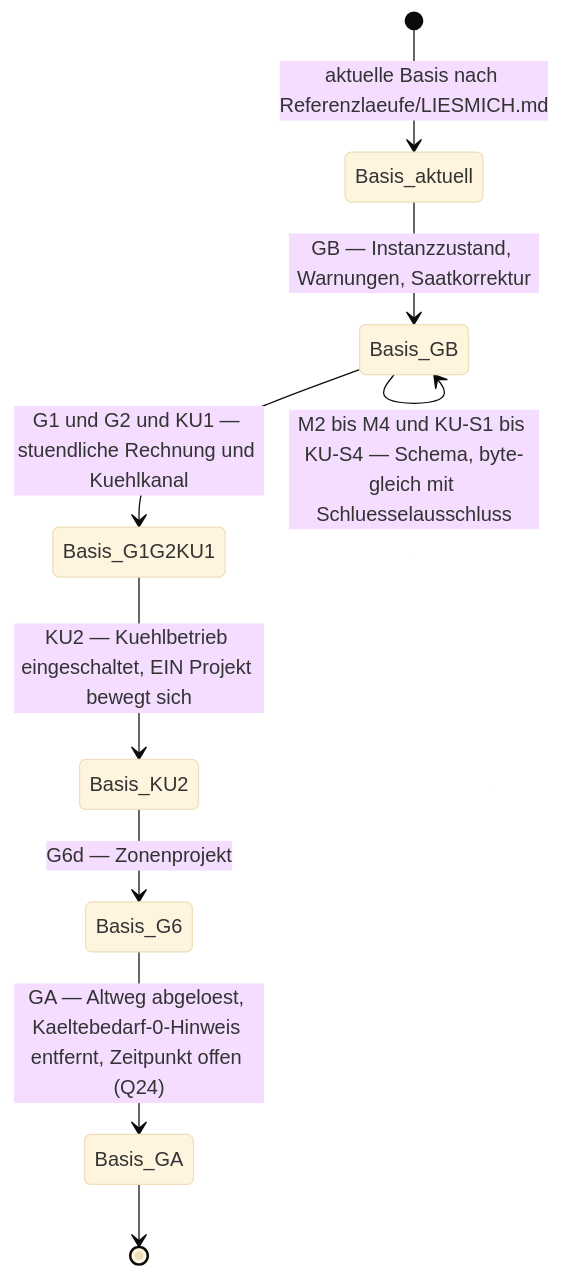
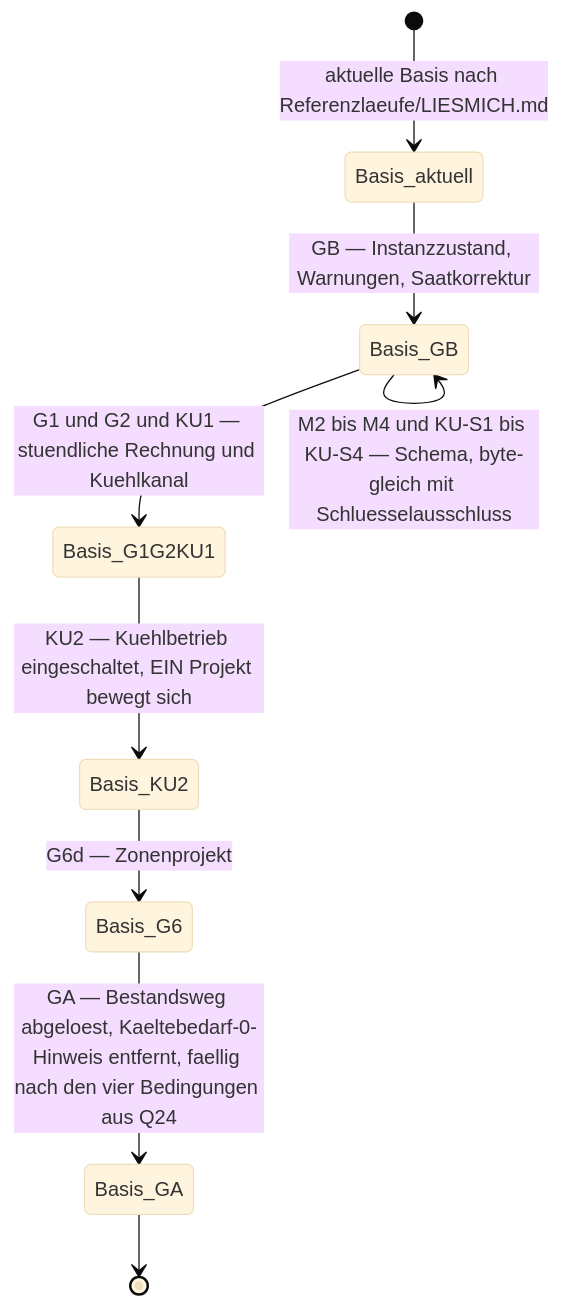
One commit to inekon/EPOS-Plan changed the fourth of 4 diagrams in Dokumentation/aktuell/Konzept_Kuehlung_Gebaeudesimulation_EPOS-Plan.md. Above: the diagram before and after it, drawn with Mermaid (base theme). The commit also changed other lines of this file and 13 other files, not shown here.

````diff
--- a/Dokumentation/aktuell/Konzept_Kuehlung_Gebaeudesimulation_EPOS-Plan.md
+++ b/Dokumentation/aktuell/Konzept_Kuehlung_Gebaeudesimulation_EPOS-Plan.md
@@ -2079,11 +2208,11 @@
 ```mermaid
 stateDiagram-v2
   [*] --> Basis_aktuell : aktuelle Basis nach Referenzlaeufe/LIESMICH.md
   Basis_aktuell --> Basis_GB : GB — Instanzzustand, Warnungen, Saatkorrektur
   Basis_GB --> Basis_GB : M2 bis M4 und KU-S1 bis KU-S4 — Schema, byte-gleich mit Schluesselausschluss
   Basis_GB --> Basis_G1G2KU1 : G1 und G2 und KU1 — stuendliche Rechnung und Kuehlkanal
   Basis_G1G2KU1 --> Basis_KU2 : KU2 — Kuehlbetrieb eingeschaltet, EIN Projekt bewegt sich
   Basis_KU2 --> Basis_G6 : G6d — Zonenprojekt
-  Basis_G6 --> Basis_GA : GA — Altweg abgeloest, Kaeltebedarf-0-Hinweis entfernt, Zeitpunkt offen (Q24)
+  Basis_G6 --> Basis_GA : GA — Bestandsweg abgeloest, Kaeltebedarf-0-Hinweis entfernt, faellig nach den vier Bedingungen aus Q24
   Basis_GA --> [*]
 ```
````
